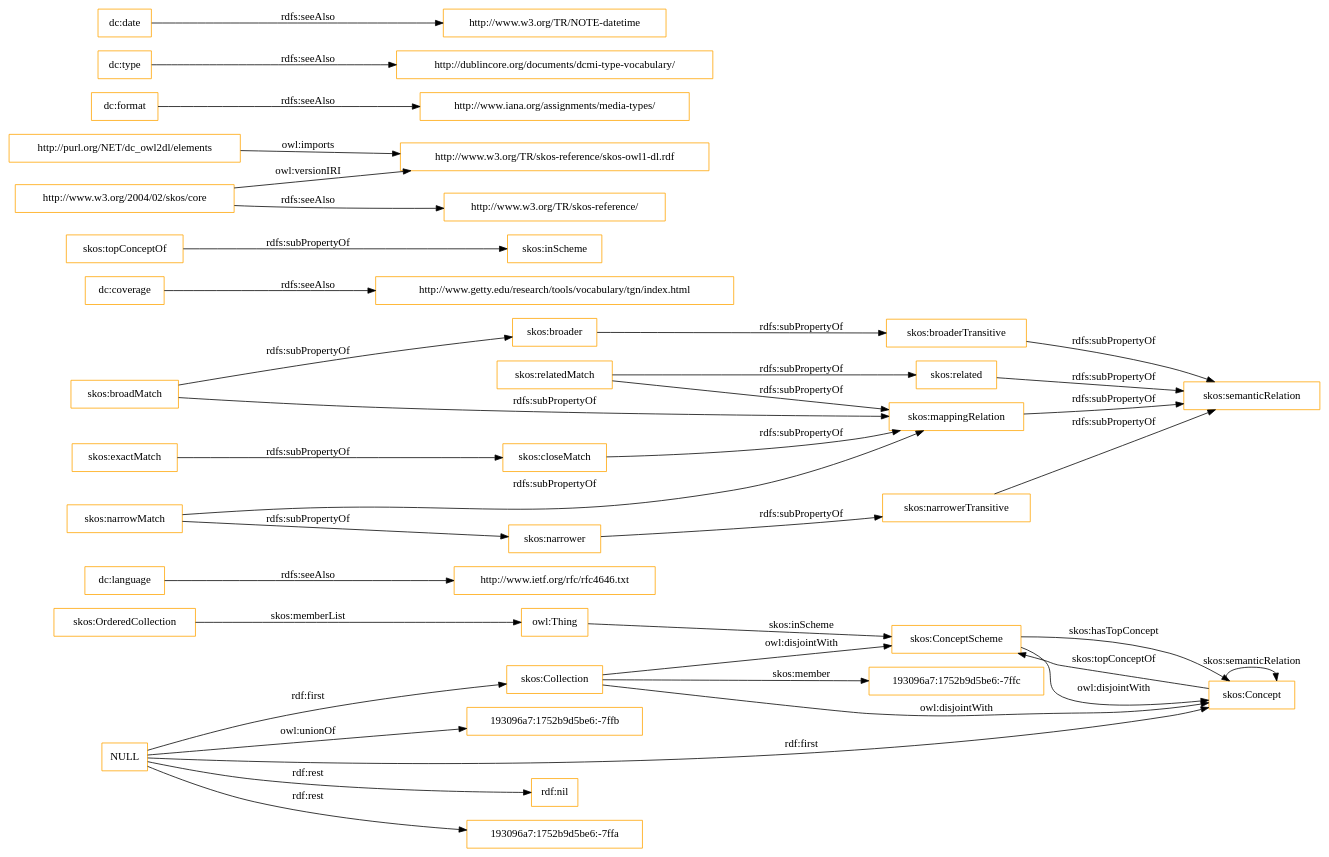
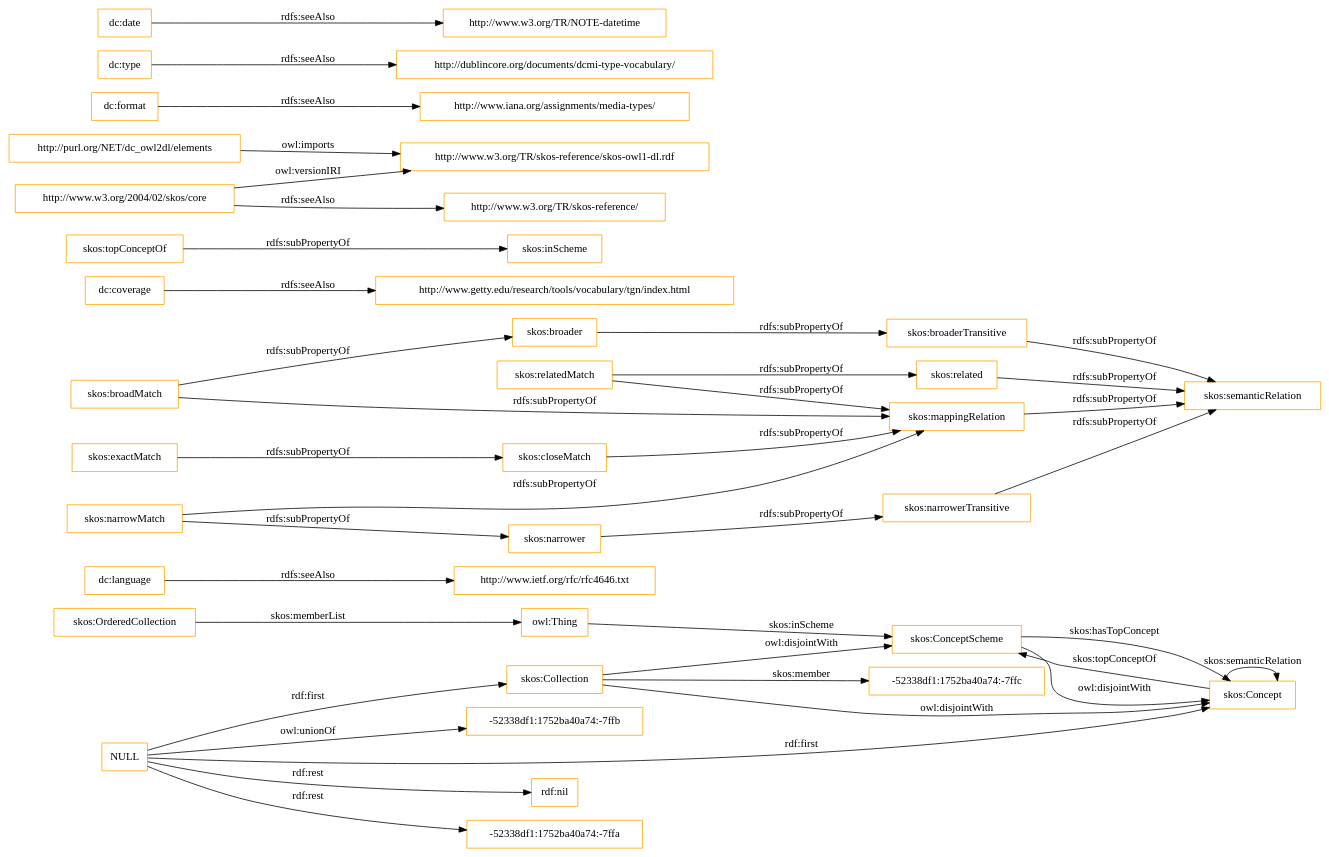
The diagram in OnToology/imports/elements.owl/diagrams/ar2dtool-class/elements.owl.png.dot (OnToologyUser/core-ontology-1), drawn with Graphviz before and after one commit. The commit also changed 14 other files, not shown here.

```diff
--- a/OnToology/imports/elements.owl/diagrams/ar2dtool-class/elements.owl.png.dot
+++ b/OnToology/imports/elements.owl/diagrams/ar2dtool-class/elements.owl.png.dot
@@ -1,43 +1,43 @@
 digraph ar2dtool_diagram { 
 rankdir=LR;
 size="1501"
-node [shape = rectangle, color="orange"]; "193096a7:1752b9d5be6:-7ffc" "skos:OrderedCollection" "skos:Collection" "skos:ConceptScheme" "skos:Concept" ; /*classes style*/
+node [shape = rectangle, color="orange"]; "-52338df1:1752ba40a74:-7ffc" "skos:OrderedCollection" "skos:Collection" "skos:ConceptScheme" "skos:Concept" ; /*classes style*/
 	"dc:language" -> "http://www.ietf.org/rfc/rfc4646.txt" [ label = "rdfs:seeAlso" ];
 	"NULL" -> "rdf:nil" [ label = "rdf:rest" ];
 	"NULL" -> "skos:Collection" [ label = "rdf:first" ];
-	"NULL" -> "193096a7:1752b9d5be6:-7ffa" [ label = "rdf:rest" ];
+	"NULL" -> "-52338df1:1752ba40a74:-7ffa" [ label = "rdf:rest" ];
 	"NULL" -> "skos:Concept" [ label = "rdf:first" ];
-	"NULL" -> "193096a7:1752b9d5be6:-7ffb" [ label = "owl:unionOf" ];
+	"NULL" -> "-52338df1:1752ba40a74:-7ffb" [ label = "owl:unionOf" ];
 	"skos:closeMatch" -> "skos:mappingRelation" [ label = "rdfs:subPropertyOf" ];
 	"dc:coverage" -> "http://www.getty.edu/research/tools/vocabulary/tgn/index.html" [ label = "rdfs:seeAlso" ];
 	"skos:relatedMatch" -> "skos:related" [ label = "rdfs:subPropertyOf" ];
 	"skos:relatedMatch" -> "skos:mappingRelation" [ label = "rdfs:subPropertyOf" ];
 	"skos:ConceptScheme" -> "skos:Concept" [ label = "owl:disjointWith" ];
 	"skos:related" -> "skos:semanticRelation" [ label = "rdfs:subPropertyOf" ];
 	"skos:topConceptOf" -> "skos:inScheme" [ label = "rdfs:subPropertyOf" ];
 	"skos:broadMatch" -> "skos:broader" [ label = "rdfs:subPropertyOf" ];
 	"skos:broadMatch" -> "skos:mappingRelation" [ label = "rdfs:subPropertyOf" ];
 	"http://purl.org/NET/dc_owl2dl/elements" -> "http://www.w3.org/TR/skos-reference/skos-owl1-dl.rdf" [ label = "owl:imports" ];
 	"skos:exactMatch" -> "skos:closeMatch" [ label = "rdfs:subPropertyOf" ];
 	"dc:format" -> "http://www.iana.org/assignments/media-types/" [ label = "rdfs:seeAlso" ];
 	"skos:broaderTransitive" -> "skos:semanticRelation" [ label = "rdfs:subPropertyOf" ];
 	"dc:type" -> "http://dublincore.org/documents/dcmi-type-vocabulary/" [ label = "rdfs:seeAlso" ];
 	"skos:broader" -> "skos:broaderTransitive" [ label = "rdfs:subPropertyOf" ];
 	"skos:mappingRelation" -> "skos:semanticRelation" [ label = "rdfs:subPropertyOf" ];
 	"http://www.w3.org/2004/02/skos/core" -> "http://www.w3.org/TR/skos-reference/skos-owl1-dl.rdf" [ label = "owl:versionIRI" ];
 	"http://www.w3.org/2004/02/skos/core" -> "http://www.w3.org/TR/skos-reference/" [ label = "rdfs:seeAlso" ];
 	"skos:Collection" -> "skos:ConceptScheme" [ label = "owl:disjointWith" ];
 	"skos:Collection" -> "skos:Concept" [ label = "owl:disjointWith" ];
 	"skos:narrowMatch" -> "skos:narrower" [ label = "rdfs:subPropertyOf" ];
 	"skos:narrowMatch" -> "skos:mappingRelation" [ label = "rdfs:subPropertyOf" ];
 	"skos:narrower" -> "skos:narrowerTransitive" [ label = "rdfs:subPropertyOf" ];
 	"dc:date" -> "http://www.w3.org/TR/NOTE-datetime" [ label = "rdfs:seeAlso" ];
 	"skos:narrowerTransitive" -> "skos:semanticRelation" [ label = "rdfs:subPropertyOf" ];
 	"skos:OrderedCollection" -> "owl:Thing" [ label = "skos:memberList" ];
 	"skos:Concept" -> "skos:ConceptScheme" [ label = "skos:topConceptOf" ];
 	"skos:Concept" -> "skos:Concept" [ label = "skos:semanticRelation" ];
-	"skos:Collection" -> "193096a7:1752b9d5be6:-7ffc" [ label = "skos:member" ];
+	"skos:Collection" -> "-52338df1:1752ba40a74:-7ffc" [ label = "skos:member" ];
 	"skos:ConceptScheme" -> "skos:Concept" [ label = "skos:hasTopConcept" ];
 	"owl:Thing" -> "skos:ConceptScheme" [ label = "skos:inScheme" ];
 
 }
```
